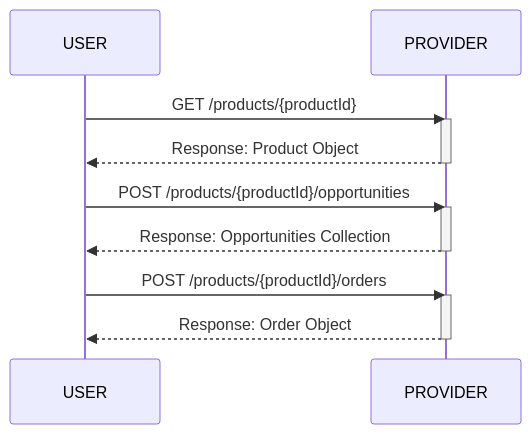
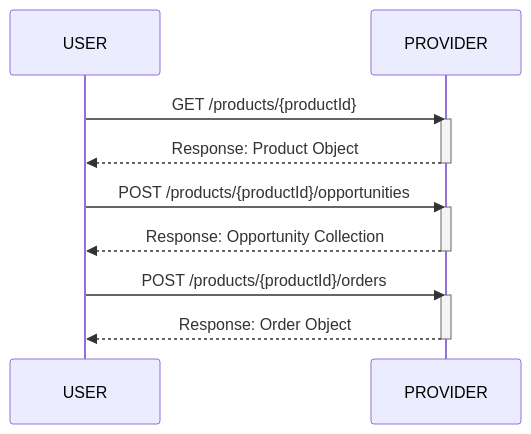
One commit to stapi-spec/stapi-spec changed the second of 4 diagrams in docs/intro.md. Above: the diagram before and after it, drawn with Mermaid. The commit also changed other lines of this file and 5 other files, not shown here.

````diff
--- a/docs/intro.md
+++ b/docs/intro.md
@@ -83,17 +83,17 @@
 ```mermaid
 sequenceDiagram
     USER->>PROVIDER: GET /products/{productId}
     activate PROVIDER
     PROVIDER-->>USER: Response: Product Object
     deactivate PROVIDER
 
     USER->>PROVIDER: POST /products/{productId}/opportunities
     activate PROVIDER
-    PROVIDER-->>USER: Response: Opportunities Collection
+    PROVIDER-->>USER: Response: Opportunity Collection
     deactivate PROVIDER
 
     USER->>PROVIDER: POST /products/{productId}/orders
     activate PROVIDER
     PROVIDER-->>USER: Response: Order Object
     deactivate PROVIDER
 ```
````
